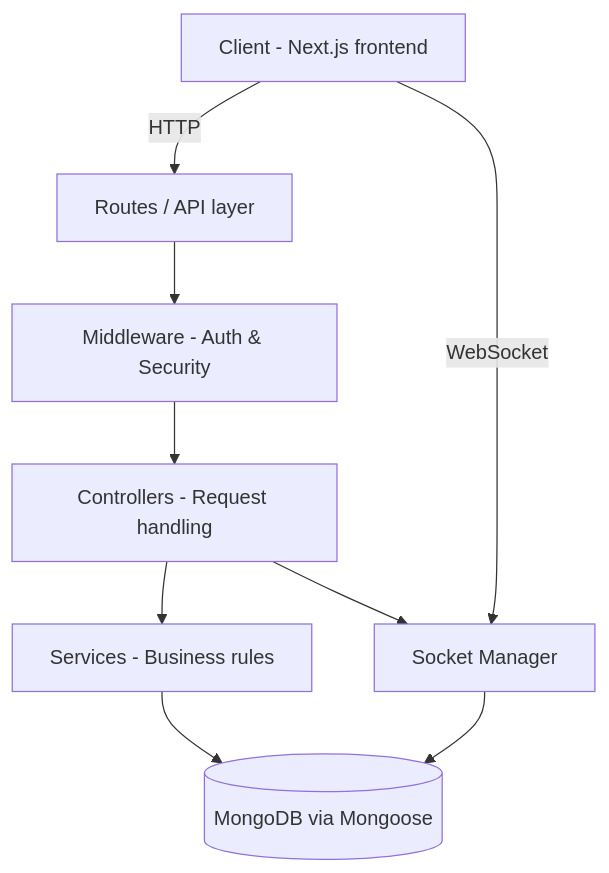
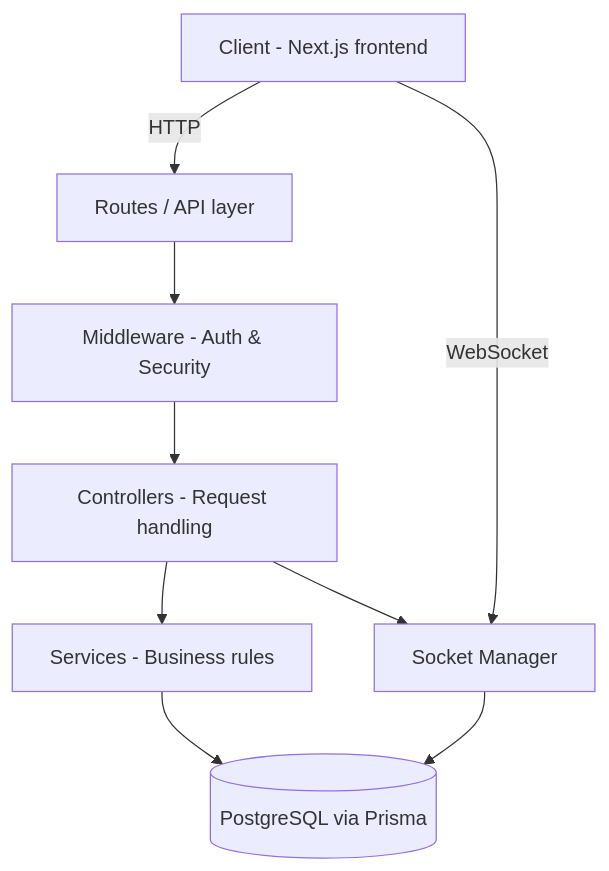
One commit to mohammed-dev-stack/ai-workflow-orchestrator changed the first of 5 diagrams in backend/README.md. Above: the diagram before and after it, drawn with Mermaid. The commit also changed other lines of this file, not shown here.

````diff
--- a/backend/README.md
+++ b/backend/README.md
@@ -63,11 +63,11 @@
 ```mermaid
 graph TD
     A[Client - Next.js frontend] -->|HTTP| B[Routes / API layer]
     A -->|WebSocket| G[Socket Manager]
     B --> C[Middleware - Auth & Security]
     C --> D[Controllers - Request handling]
     D --> E[Services - Business rules]
-    E --> F[(MongoDB via Mongoose)]
+    E --> F[(PostgreSQL via Prisma)]
     D --> G
     G --> F
 ```
````
